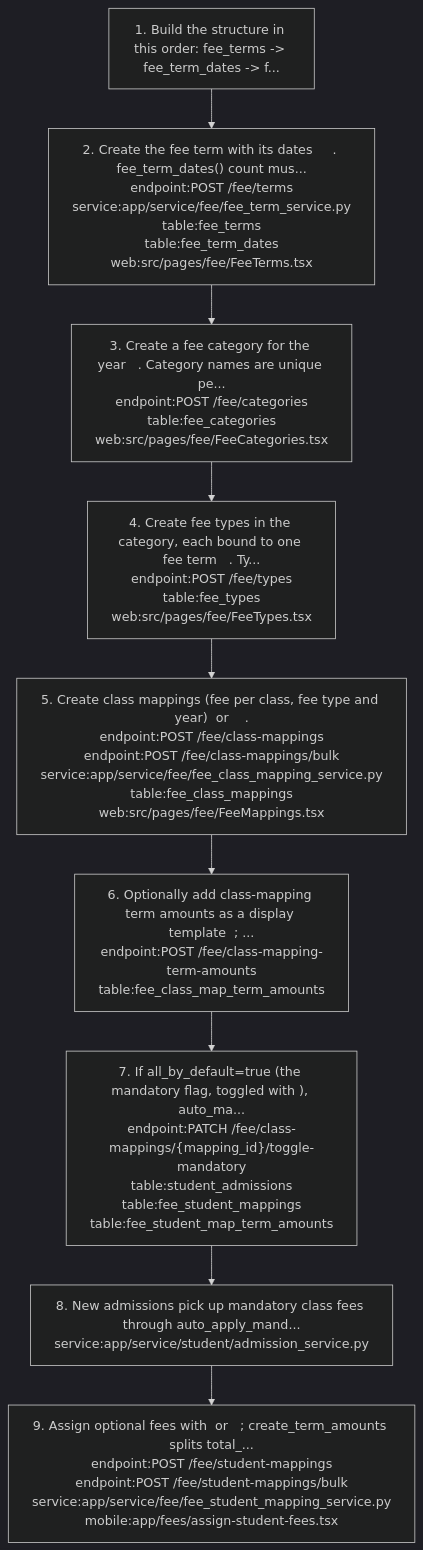
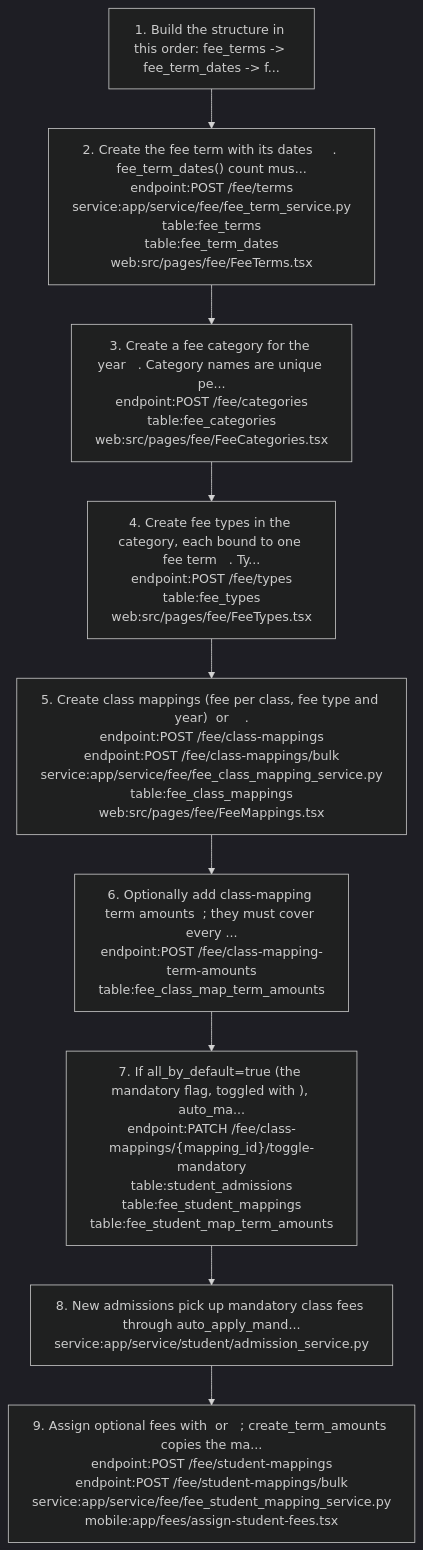
One commit to nerellasraj21/cos360_full_app changed diagram 12 of 12 in docs/graph/views/fee.md. Above: the diagram before and after it, drawn with Mermaid (dark theme). The commit also changed other lines of this file and 44 other files, not shown here.

First line of the commit message:
Re-verify project docs and knowledge graph against current code

````diff
--- a/docs/graph/views/fee.md
+++ b/docs/graph/views/fee.md
@@ -505,20 +513,20 @@
 ```mermaid
 flowchart TD
   s1["1. Build the structure in this order: fee_terms -> fee_term_dates -> f..."]
   s2["2. Create the fee term with its dates     . fee_term_dates() count mus...<br/>endpoint:POST /fee/terms<br/>service:app/service/fee/fee_term_service.py<br/>table:fee_terms<br/>table:fee_term_dates<br/>web:src/pages/fee/FeeTerms.tsx"]
   s1 --> s2
   s3["3. Create a fee category for the year   . Category names are unique pe...<br/>endpoint:POST /fee/categories<br/>table:fee_categories<br/>web:src/pages/fee/FeeCategories.tsx"]
   s2 --> s3
   s4["4. Create fee types in the category, each bound to one fee term   . Ty...<br/>endpoint:POST /fee/types<br/>table:fee_types<br/>web:src/pages/fee/FeeTypes.tsx"]
   s3 --> s4
   s5["5. Create class mappings (fee per class, fee type and year)  or    .<br/>endpoint:POST /fee/class-mappings<br/>endpoint:POST /fee/class-mappings/bulk<br/>service:app/service/fee/fee_class_mapping_service.py<br/>table:fee_class_mappings<br/>web:src/pages/fee/FeeMappings.tsx"]
   s4 --> s5
-  s6["6. Optionally add class-mapping term amounts as a display template  ; ...<br/>endpoint:POST /fee/class-mapping-term-amounts<br/>table:fee_class_map_term_amounts"]
+  s6["6. Optionally add class-mapping term amounts  ; they must cover every ...<br/>endpoint:POST /fee/class-mapping-term-amounts<br/>table:fee_class_map_term_amounts"]
   s5 --> s6
   s7["7. If all_by_default=true (the mandatory flag, toggled with ), auto_ma...<br/>endpoint:PATCH /fee/class-mappings/{mapping_id}/toggle-mandatory<br/>table:student_admissions<br/>table:fee_student_mappings<br/>table:fee_student_map_term_amounts"]
   s6 --> s7
   s8["8. New admissions pick up mandatory class fees through auto_apply_mand...<br/>service:app/service/student/admission_service.py"]
   s7 --> s8
-  s9["9. Assign optional fees with  or   ; create_term_amounts splits total_...<br/>endpoint:POST /fee/student-mappings<br/>endpoint:POST /fee/student-mappings/bulk<br/>service:app/service/fee/fee_student_mapping_service.py<br/>mobile:app/fees/assign-student-fees.tsx"]
+  s9["9. Assign optional fees with  or   ; create_term_amounts copies the ma...<br/>endpoint:POST /fee/student-mappings<br/>endpoint:POST /fee/student-mappings/bulk<br/>service:app/service/fee/fee_student_mapping_service.py<br/>mobile:app/fees/assign-student-fees.tsx"]
   s8 --> s9
 ```
````
